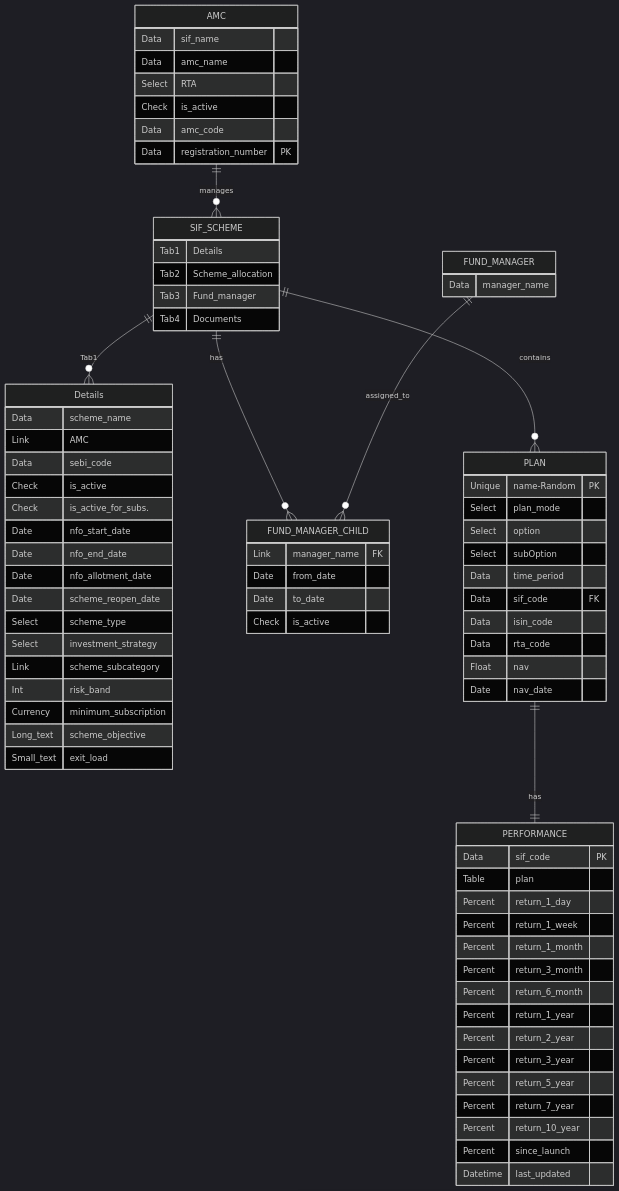
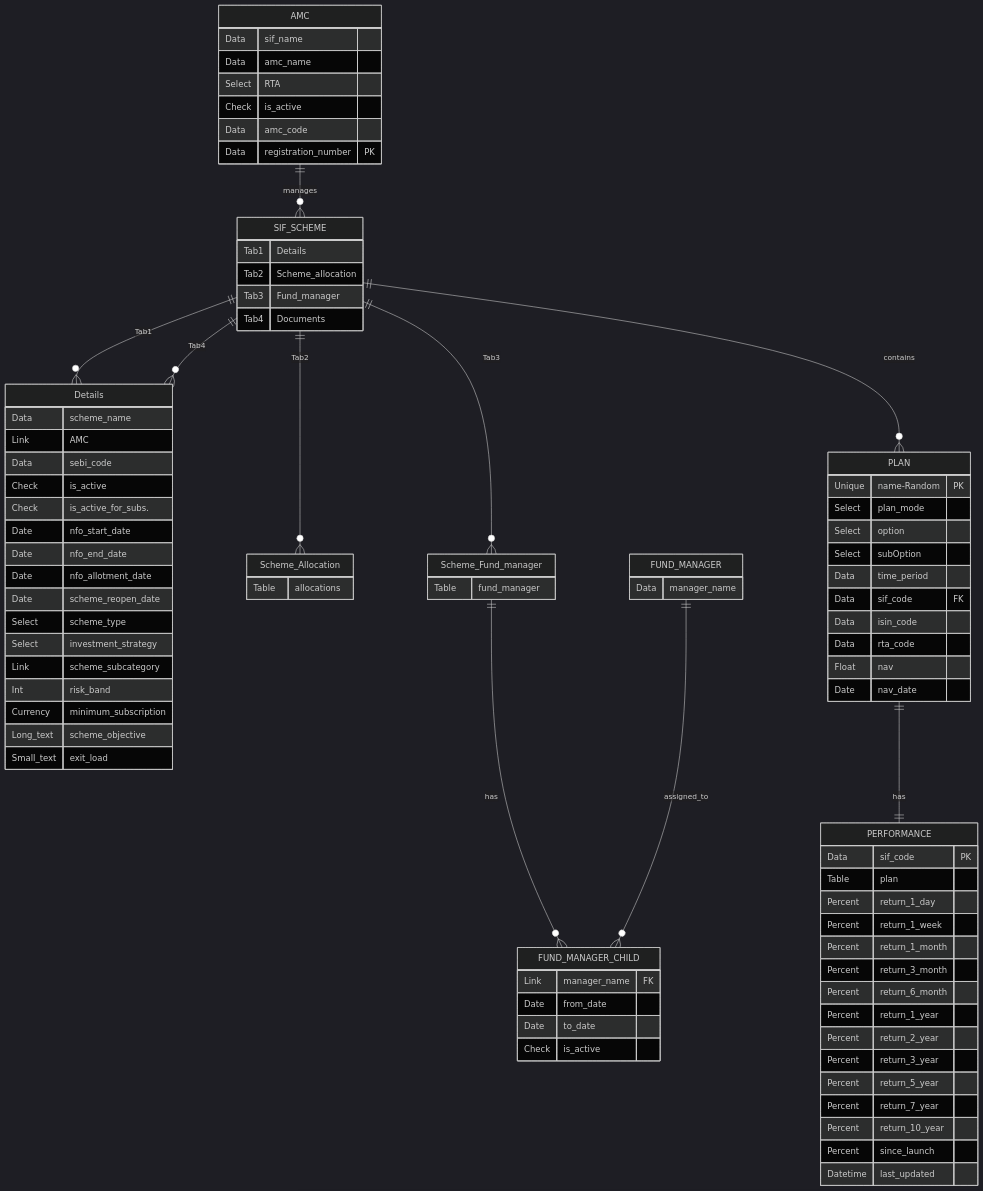
One commit to Satyam4755/My_SIF changed the diagram in sif_app/DOCTYPE architecture ER diagram.md. Above: the diagram before and after it, drawn with Mermaid (dark theme).

Commit message:
Update DOCTYPE architecture ER diagram.md

```diff
--- a/sif_app/DOCTYPE architecture ER diagram.md
+++ b/sif_app/DOCTYPE architecture ER diagram.md
@@ -6,7 +6,10 @@
 
     AMC ||--o{ SIF_SCHEME : manages
     SIF_SCHEME ||--o{ Details : Tab1
-    SIF_SCHEME ||--o{ FUND_MANAGER_CHILD : has
+    SIF_SCHEME ||--o{ Scheme_Allocation : Tab2
+    SIF_SCHEME ||--o{ Scheme_Fund_manager : Tab3
+    SIF_SCHEME ||--o{ Details : Tab4
+    Scheme_Fund_manager ||--o{ FUND_MANAGER_CHILD : has
     FUND_MANAGER ||--o{ FUND_MANAGER_CHILD : assigned_to
 
     SIF_SCHEME ||--o{ PLAN : contains
@@ -60,6 +63,15 @@
         Small_text exit_load
     }
 
+    Scheme_Allocation{
+        Table allocations
+    }
+
+
+    Scheme_Fund_manager{
+        Table fund_manager
+    }
+
     PLAN {
         Unique name-Random PK
 
```
